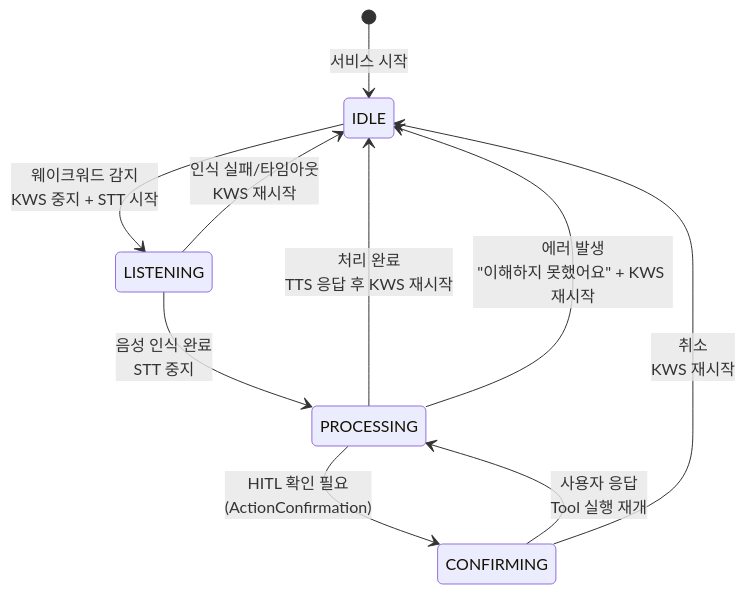
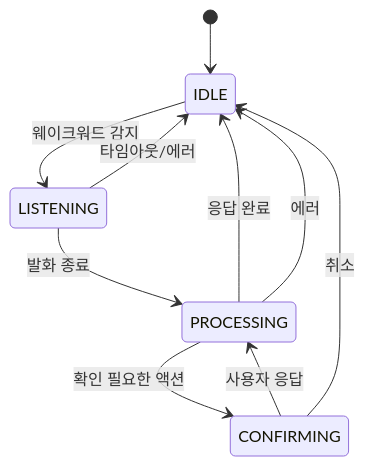
Before and after one commit to genie49/genie-cv: the diagram in data/content/notes/bara-state-machine.md, drawn with Mermaid. The commit also changed other lines of this file and 7 other files, not shown here.

````diff
--- a/data/content/notes/bara-state-machine.md
+++ b/data/content/notes/bara-state-machine.md
@@ -29,13 +7,12 @@
 ```mermaid
 stateDiagram-v2
-    [*] --> IDLE : 서비스 시작
-
-    IDLE --> LISTENING : 웨이크워드 감지<br/>KWS 중지 + STT 시작
-    LISTENING --> PROCESSING : 음성 인식 완료<br/>STT 중지
-    PROCESSING --> CONFIRMING : HITL 확인 필요<br/>(ActionConfirmation)
-    PROCESSING --> IDLE : 처리 완료<br/>TTS 응답 후 KWS 재시작
-    CONFIRMING --> PROCESSING : 사용자 응답<br/>Tool 실행 재개
-    CONFIRMING --> IDLE : 취소<br/>KWS 재시작
-    LISTENING --> IDLE : 인식 실패/타임아웃<br/>KWS 재시작
-    PROCESSING --> IDLE : 에러 발생<br/>"이해하지 못했어요" + KWS 재시작
+    [*] --> IDLE
+    IDLE --> LISTENING: 웨이크워드 감지
+    LISTENING --> PROCESSING: 발화 종료
+    PROCESSING --> CONFIRMING: 확인 필요한 액션
+    PROCESSING --> IDLE: 응답 완료
+    CONFIRMING --> PROCESSING: 사용자 응답
+    CONFIRMING --> IDLE: 취소
+    LISTENING --> IDLE: 타임아웃/에러
+    PROCESSING --> IDLE: 에러
 ```
````
